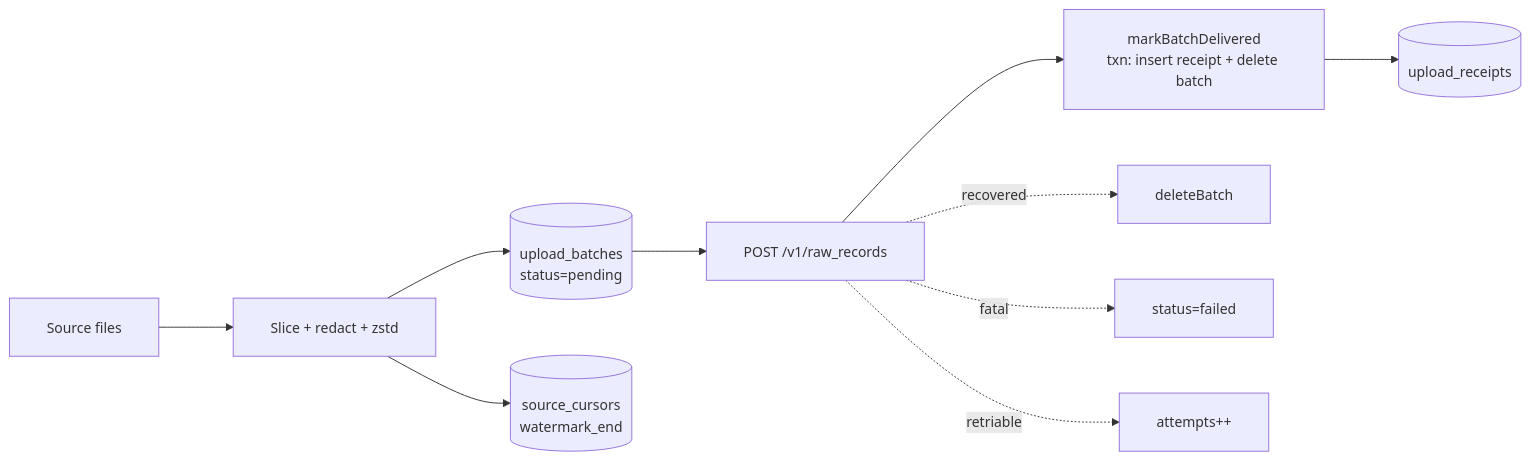
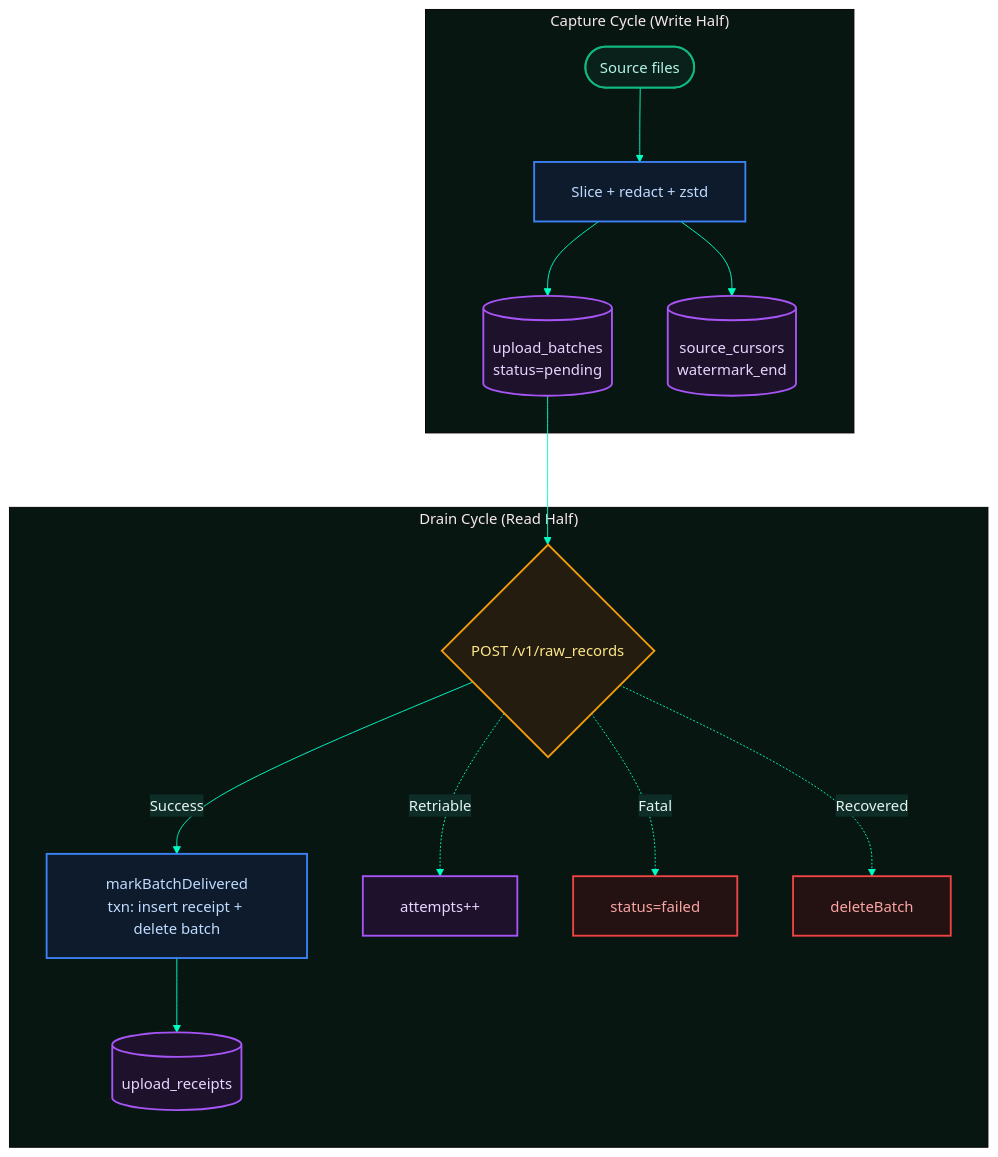
One commit to proxai/proxai_gateway changed the diagram in docs/03-buffer/3.1-buffer.md. Above: the diagram before and after it, drawn with Mermaid. The commit also changed other lines of this file and 65 other files, not shown here.

````diff
--- a/docs/03-buffer/3.1-buffer.md
+++ b/docs/03-buffer/3.1-buffer.md
@@ -34,13 +36,50 @@
 ```mermaid
-%%{init: {'flowchart': {'useMaxWidth': false, 'htmlLabels': true, 'curve': 'basis', 'nodeSpacing': 60, 'rankSpacing': 80, 'padding': 20}, 'sequence': {'useMaxWidth': false, 'mirrorActors': false, 'actorMargin': 100, 'messageMargin': 50, 'boxMargin': 20, 'wrap': true}, 'stateDiagram': {'useMaxWidth': false, 'nodeSpacing': 60, 'rankSpacing': 80}, 'themeVariables': {'fontSize': '15px'}}}%%
-flowchart LR
-  src[Source files] --> slice[Slice + redact + zstd]
-  slice --> ub[(upload_batches<br/>status=pending)]
-  slice --> cur[(source_cursors<br/>watermark_end)]
-  ub --> http[POST /v1/raw_records]
-  http --> recv[markBatchDelivered<br/>txn: insert receipt + delete batch]
-  recv --> ur[(upload_receipts)]
-  http -.recovered.-> del[deleteBatch]
-  http -.fatal.-> failed[status=failed]
-  http -.retriable.-> retry[attempts++]
+%%{init: {"flowchart": {"useMaxWidth": false, "htmlLabels": true, "curve": "basis", "nodeSpacing": 60, "rankSpacing": 80, "padding": 20}, "theme": "base", "themeVariables": {"background": "#081612", "primaryColor": "#0c231f", "primaryTextColor": "#e6f4f1", "primaryBorderColor": "#00ffc4", "lineColor": "#00ffc4", "secondaryColor": "#0d2d26", "tertiaryColor": "#081612", "mainBkg": "#0c231f", "mainBkgColor": "#0c231f", "mainBorderColor": "#00ffc4", "mainTextColor": "#e6f4f1"}, "themeCSS": ".edgePath .path { stroke: #00ffc4 !important; stroke-width: 2px !important; filter: drop-shadow(0 0 3px #00ffc4); } .edgePath .marker-end { fill: #00ffc4 !important; } .label { color: #e6f4f1 !important; }"}}%%
+flowchart TD
+  subgraph Capture ["Capture Cycle (Write Half)"]
+    src([Source files]) --> slice[Slice + redact + zstd]
+    slice --> ub[(upload_batches<br/>status=pending)]
+    slice --> cur[(source_cursors<br/>watermark_end)]
+  end
+
+  subgraph Drain ["Drain Cycle (Read Half)"]
+    http{POST /v1/raw_records}
+    recv[markBatchDelivered<br/>txn: insert receipt + delete batch]
+    ur[(upload_receipts)]
+    
+    http -->|Success| recv
+    recv --> ur
+    
+    retry[attempts++]
+    failed[status=failed]
+    del[deleteBatch]
+  end
+
+  %% Connection between loops
+  ub --> http
+
+  %% Decision Outcomes (dotted lines)
+  http -.->|Retriable| retry
+  http -.->|Fatal| failed
+  http -.->|Recovered| del
+
+  %% Theme Taxonomy Class Definitions
+  classDef startNode fill:#0a201b,stroke:#10b981,stroke-width:2px,color:#b3f5e6;
+  classDef stopNode fill:#241212,stroke:#ef4444,stroke-width:2px,color:#fca5a5;
+  classDef decNode fill:#241c0e,stroke:#f59e0b,stroke-width:2px,color:#fde68a;
+  classDef processNode fill:#0d1b2d,stroke:#3b82f6,stroke-width:2px,color:#bfdbfe;
+  classDef actionNode fill:#1e112c,stroke:#a855f7,stroke-width:2px,color:#e9d5ff;
+  classDef default fill:#0a201b,stroke:#14b8a6,stroke-width:2px,color:#ccfbf1;
+
+  %% Class Assignments
+  class src startNode;
+  class failed stopNode;
+  class del stopNode;
+  class http decNode;
+  class slice processNode;
+  class recv processNode;
+  class ub actionNode;
+  class cur actionNode;
+  class ur actionNode;
+  class retry actionNode;
 ```
````
